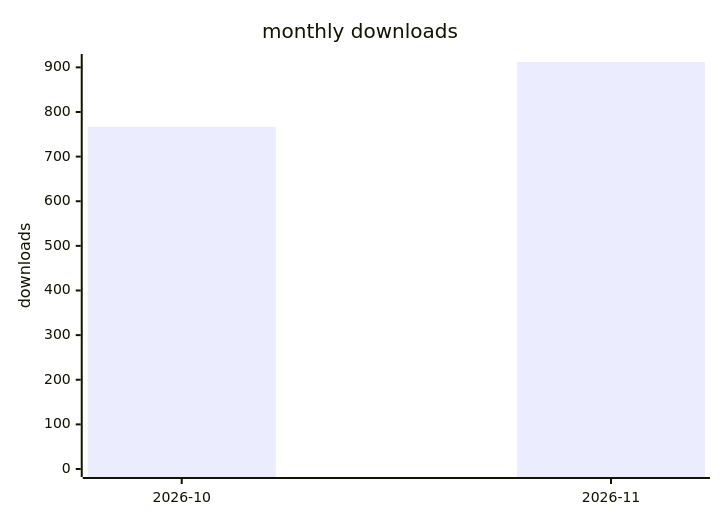
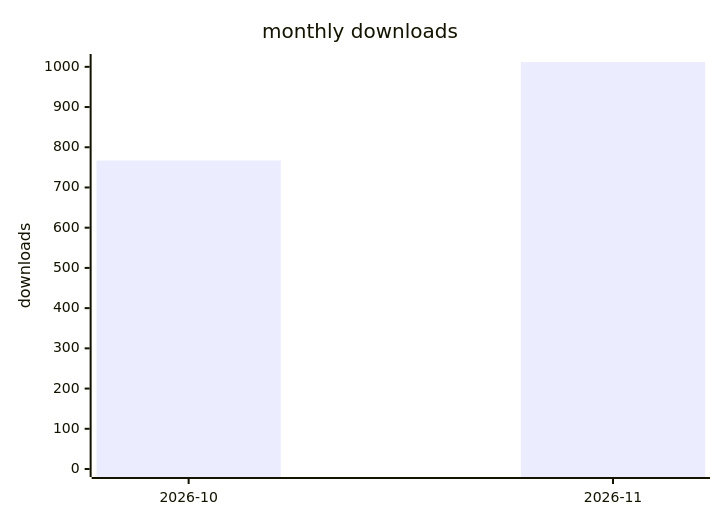
The second of 2 diagrams in docs/downloads-2026.md (terry2010/opencode-loop-recover), drawn with Mermaid before and after one commit. The commit also changed other lines of this file and 1 other file, not shown here.

````diff
--- a/docs/downloads-2026.md
+++ b/docs/downloads-2026.md
@@ -29,7 +29,7 @@
 ```mermaid
 xychart-beta
     title "monthly downloads"
     x-axis ["2026-10", "2026-11"]
-    y-axis "downloads" 0 --> 912
-    bar [767, 912]
+    y-axis "downloads" 0 --> 1012
+    bar [767, 1012]
 ```
````
